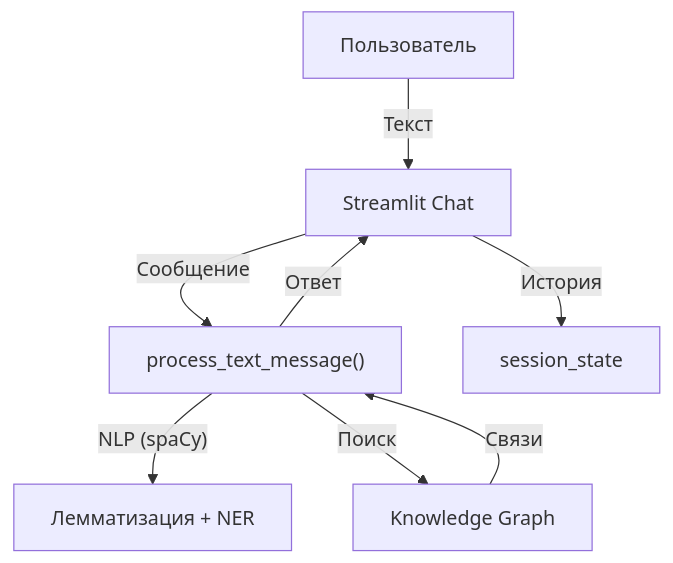
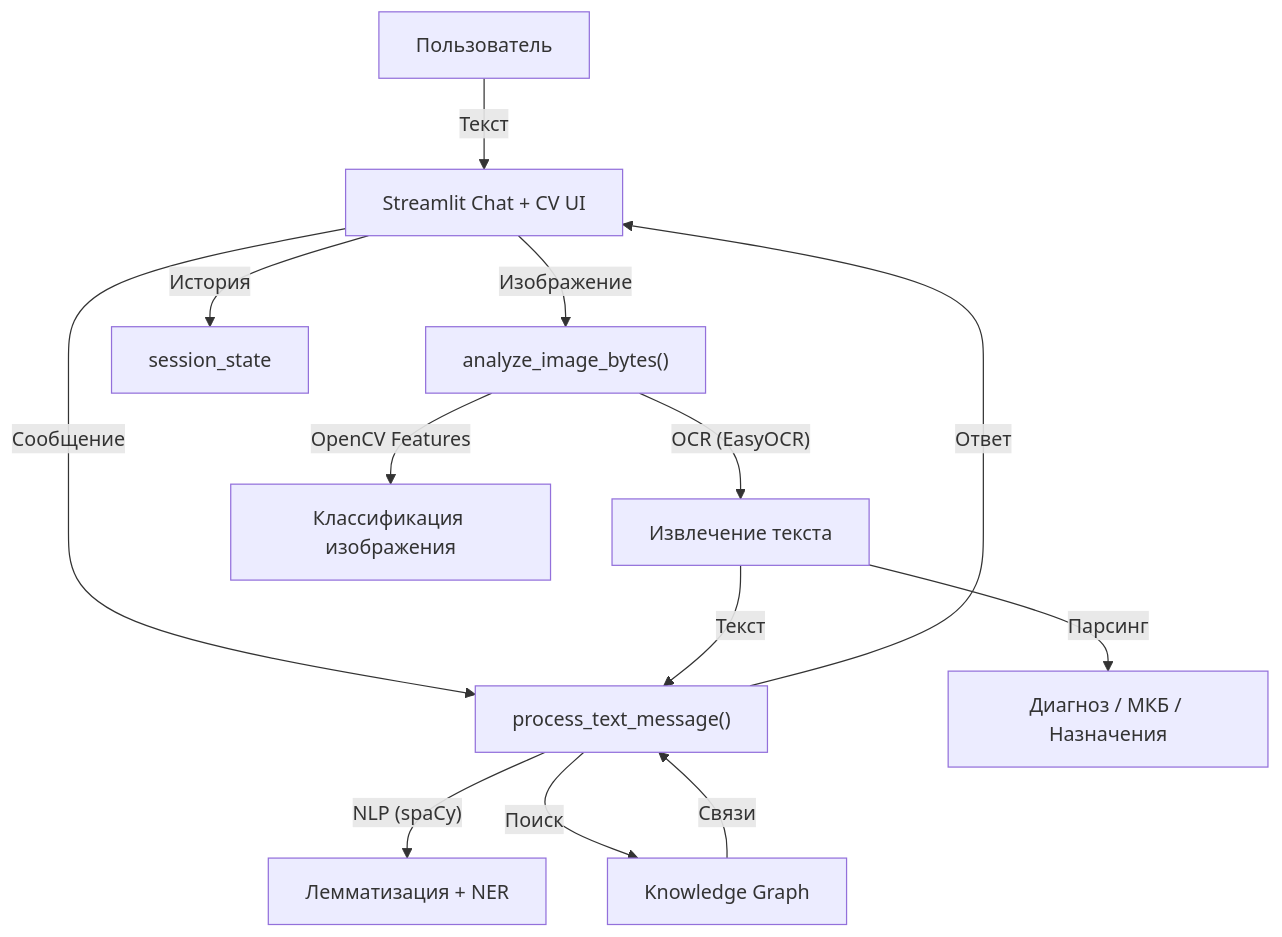
One commit to KambI4/KambI4-PRIS-2026-DutbayevKamil-ZakiryanovaKamila-MedDiagnost changed the diagram in README.md. Above: the diagram before and after it, drawn with Mermaid. The commit also changed other lines of this file and 5 other files, not shown here.

````diff
--- a/README.md
+++ b/README.md
@@ -132,10 +132,15 @@
 ```mermaid
 graph TD
-    User["Пользователь"] -->|"Текст"| UI["Streamlit Chat"]
+    User["Пользователь"] -->|"Текст"| UI["Streamlit Chat + CV UI"]
     UI -->|"Сообщение"| Logic["process_text_message()"]
+    UI -->|"Изображение"| Vision["analyze_image_bytes()"]
+    Vision -->|"OCR (EasyOCR)"| OCR["Извлечение текста"]
+    Vision -->|"OpenCV Features"| CVClass["Классификация изображения"]
+    OCR -->|"Парсинг"| Extract["Диагноз / МКБ / Назначения"]
+    OCR -->|"Текст"| Logic
     Logic -->|"NLP (spaCy)"| NLP["Лемматизация + NER"]
     Logic -->|"Поиск"| Graph["Knowledge Graph"]
     Graph -->|"Связи"| Logic
     Logic -->|"Ответ"| UI
     UI -->|"История"| Memory["session_state"]
 ```
````
